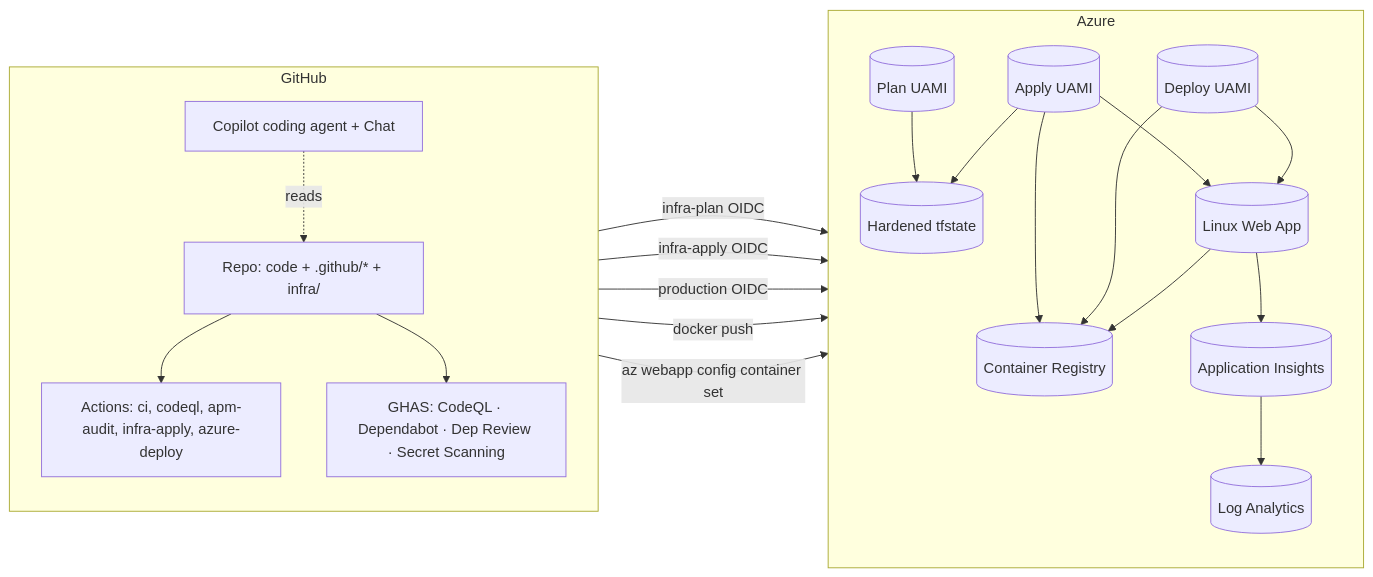
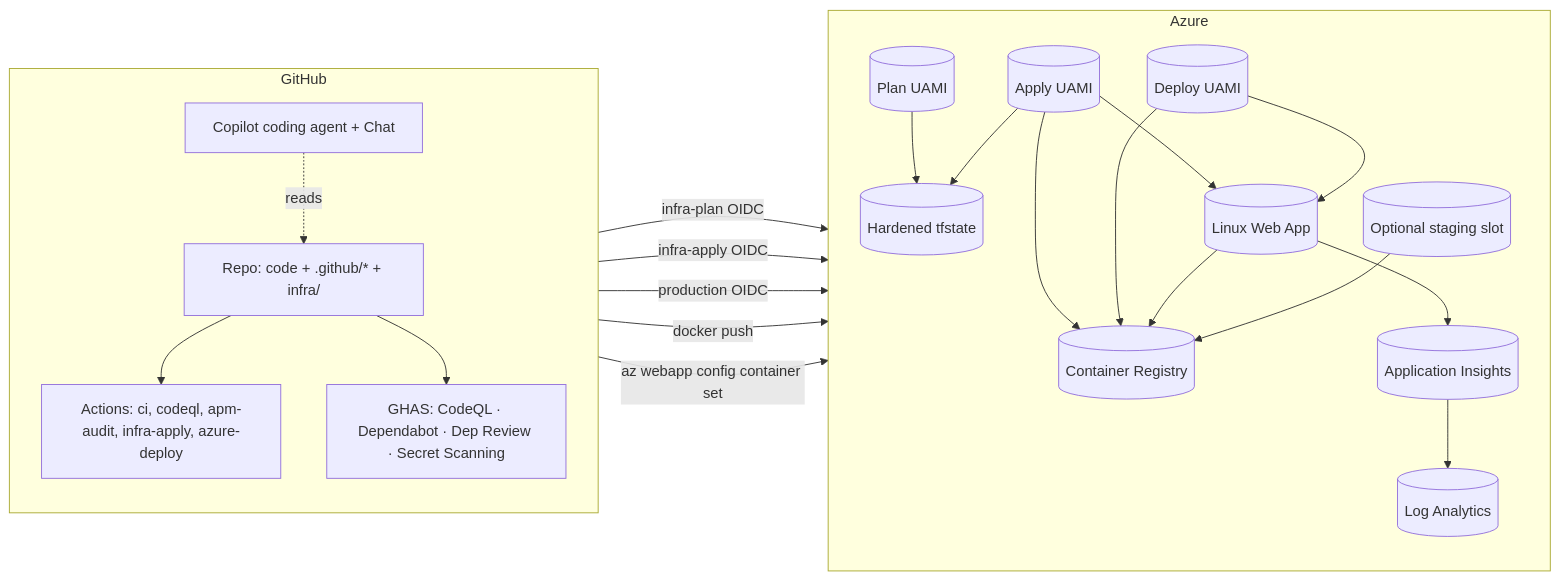
The diagram in docs/architecture.md (VeVarunSharma/github-agentic-sdlc-starter-pack), drawn with Mermaid before and after one commit. The commit also changed other lines of this file and 48 other files, not shown here.

````diff
--- a/docs/architecture.md
+++ b/docs/architecture.md
@@ -10,38 +10,40 @@
 ```mermaid
 flowchart LR
   subgraph GitHub["GitHub"]
     direction TB
     Repo[Repo: code + .github/* + infra/]
     Actions[Actions: ci, codeql, apm-audit, infra-apply, azure-deploy]
     GHAS[GHAS: CodeQL · Dependabot · Dep Review · Secret Scanning]
     Copilot[Copilot coding agent + Chat]
     Repo --> Actions
     Repo --> GHAS
     Copilot -.reads.-> Repo
   end
   subgraph Azure["Azure"]
     direction TB
     PlanID[(Plan UAMI)]
     ApplyID[(Apply UAMI)]
     DeployID[(Deploy UAMI)]
     State[(Hardened tfstate)]
     ACR[(Container Registry)]
     App[(Linux Web App)]
+    Slot[(Optional staging slot)]
     LAW[(Log Analytics)]
     AppI[(Application Insights)]
     PlanID --> State
     ApplyID --> State
     ApplyID --> ACR
     ApplyID --> App
     DeployID --> ACR
     DeployID --> App
     App --> ACR
+    Slot --> ACR
     App --> AppI
     AppI --> LAW
   end
   Actions -- infra-plan OIDC --> PlanID
   Actions -- infra-apply OIDC --> ApplyID
   Actions -- production OIDC --> DeployID
   Actions -- docker push --> ACR
   Actions -- az webapp config container set --> App
 ```
````
